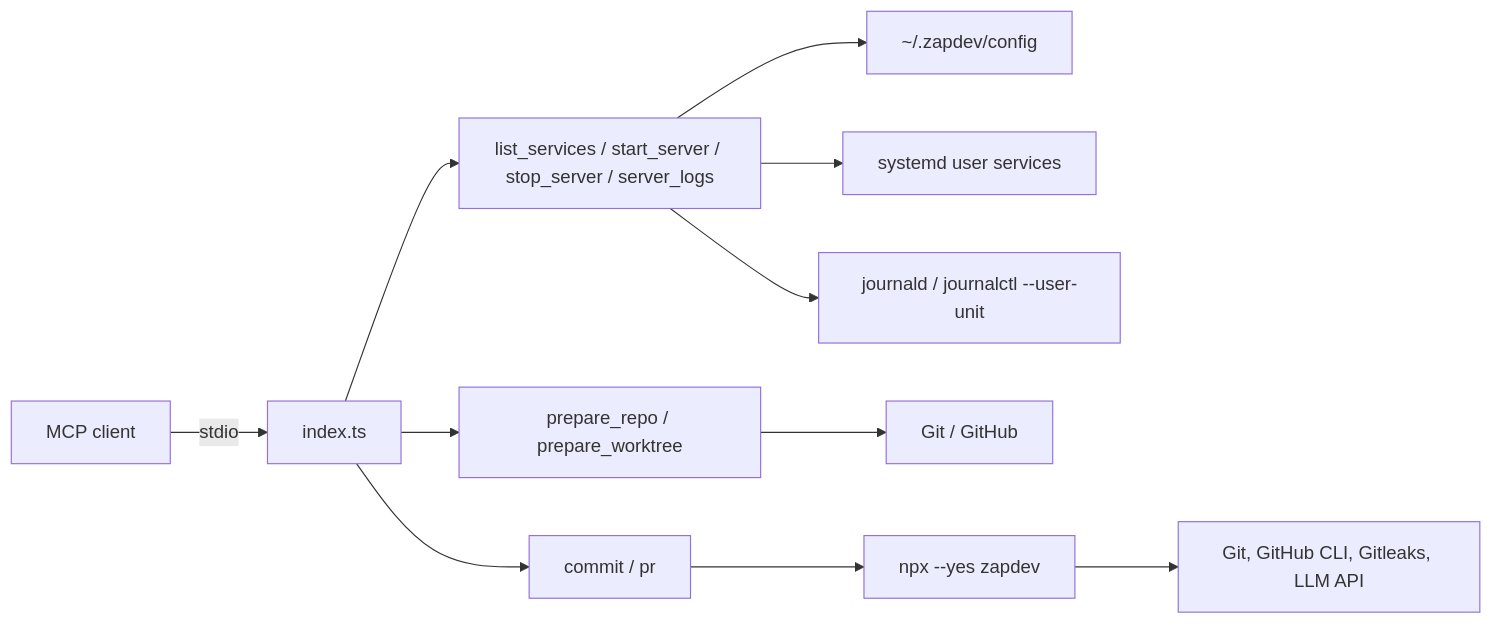
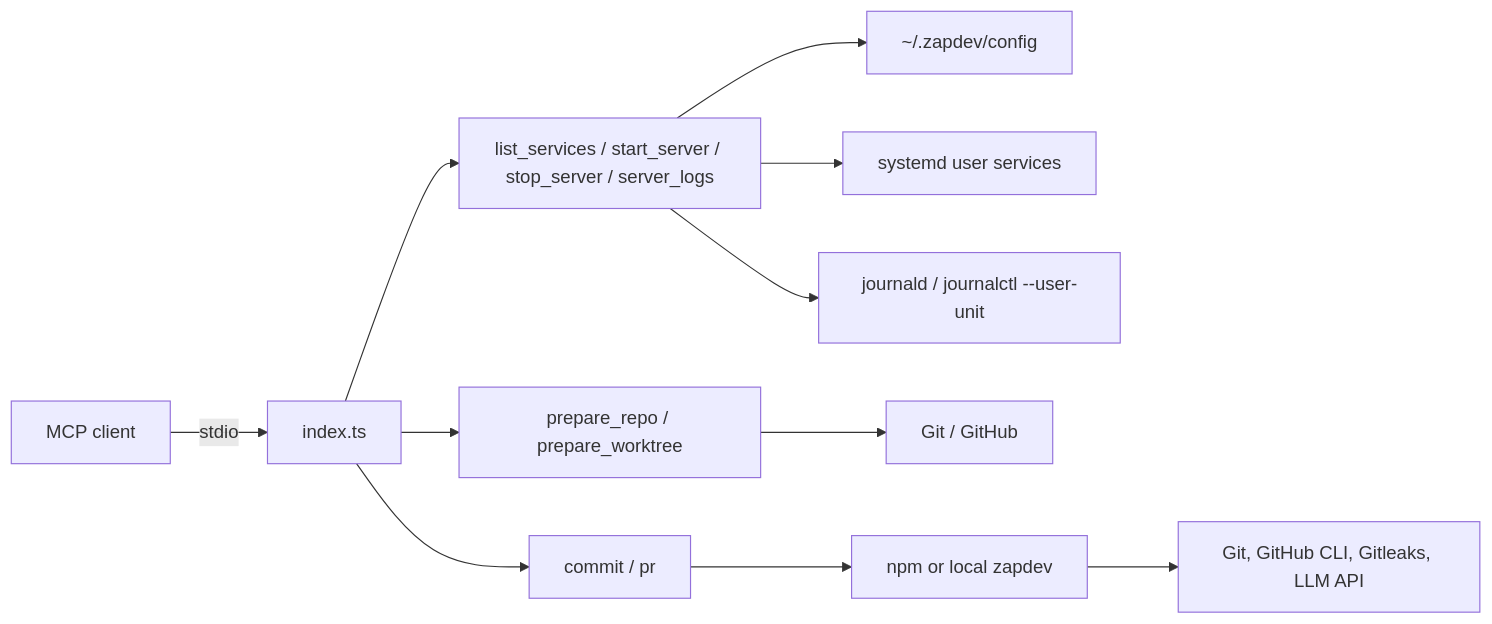
Before and after one commit to mvagnon/zapdev-mcp: the diagram in README.md, drawn with Mermaid. The commit also changed other lines of this file and 2 other files, not shown here.

Commit message:
chore(zapdev-path): Add support for using a local zapdev clone via --zapdev-path and run local build if available

````diff
--- a/README.md
+++ b/README.md
@@ -18,13 +18,13 @@
 ```mermaid
 flowchart LR
   Client["MCP client"] -->|stdio| Server["index.ts"]
   Server --> Repos["prepare_repo / prepare_worktree"]
   Server --> Servers["list_services / start_server / stop_server / server_logs"]
   Servers --> Config["~/.zapdev/config"]
   Servers --> Systemd["systemd user services"]
   Servers --> Logs["journald / journalctl --user-unit"]
   Server --> Commands["commit / pr"]
   Repos --> Git["Git / GitHub"]
-  Commands --> CLI["npx --yes zapdev"]
+  Commands --> CLI["npm or local zapdev"]
   CLI --> Tools["Git, GitHub CLI, Gitleaks, LLM API"]
 ```
````
